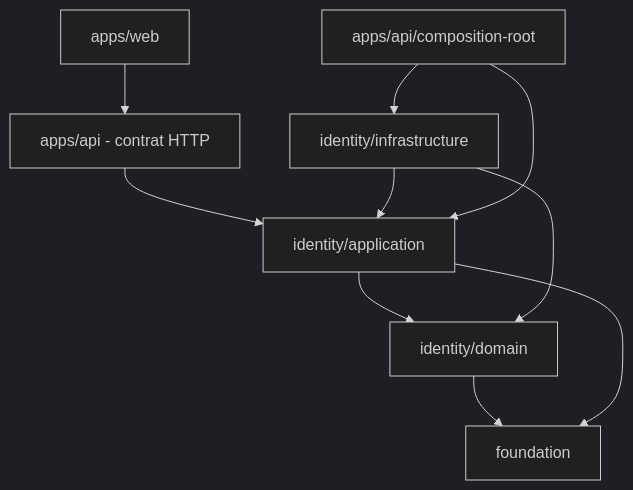
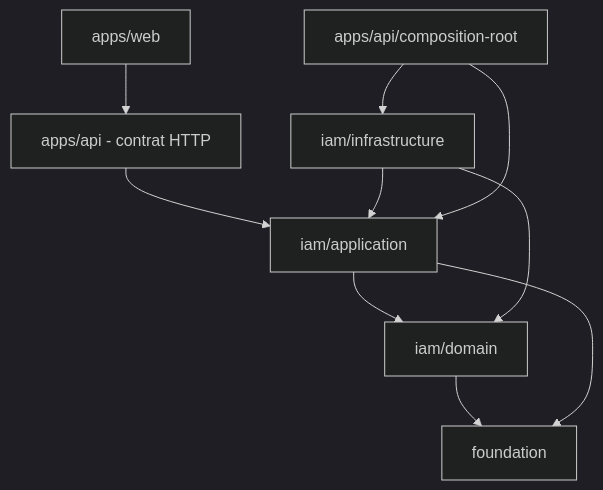
Before and after one commit to Oxelio/architecture-web: the diagram in docs/fr/architecture/dependency-rules.md, drawn with Mermaid (dark theme). The commit also changed other lines of this file and 506 other files, not shown here.

````diff
--- a/docs/fr/architecture/dependency-rules.md
+++ b/docs/fr/architecture/dependency-rules.md
@@ -7,12 +7,12 @@
 ```mermaid
 flowchart TD
     Web[apps/web] --> HTTP[apps/api - contrat HTTP]
-    HTTP --> App[identity/application]
-    App --> Domain[identity/domain]
+    HTTP --> App[iam/application]
+    App --> Domain[iam/domain]
     Domain --> Foundation[foundation]
     App --> Foundation
-    Infra[identity/infrastructure] --> App
+    Infra[iam/infrastructure] --> App
     Infra --> Domain
     Composition[apps/api/composition-root] --> Infra
     Composition --> App
 ```
````
